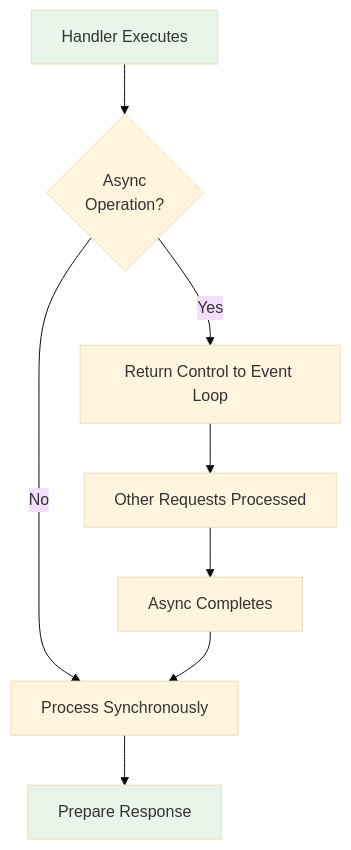
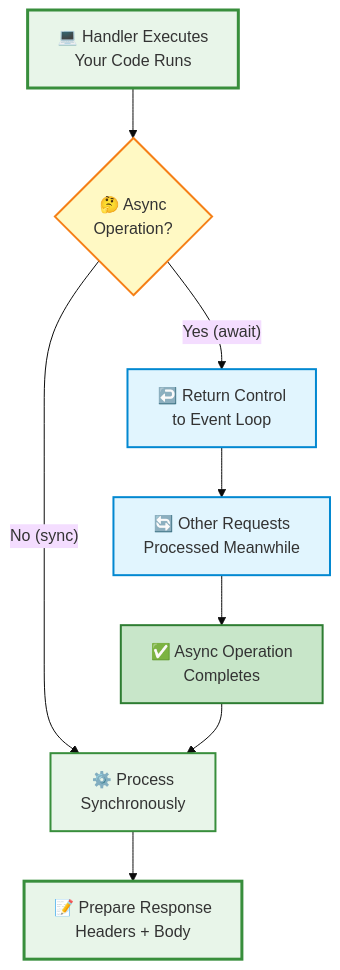
The fifth of 9 diagrams in Nodejs/http-request-lifecycle-diagram.md (rkgiitkgp/study-material), drawn with Mermaid (base theme) before and after one commit. The commit also changed other lines of this file and 1 other file, not shown here.

Commit message:
beautify mermaid flow diagram http request cycle

````diff
--- a/Nodejs/http-request-lifecycle-diagram.md
+++ b/Nodejs/http-request-lifecycle-diagram.md
@@ -108,13 +127,18 @@
 ```mermaid
 flowchart TD
-    A[Handler Executes] --> B{Async<br/>Operation?}
-    B -->|Yes| C[Return Control to Event Loop]
-    B -->|No| D[Process Synchronously]
-    C --> E[Other Requests Processed]
-    E --> F[Async Completes]
+    A["💻 Handler Executes<br/>Your Code Runs"] --> B{"🤔 Async<br/>Operation?"}
+    B -->|"Yes (await)"| C["↩️ Return Control<br/>to Event Loop"]
+    B -->|"No (sync)"| D["⚙️ Process<br/>Synchronously"]
+    C --> E["🔄 Other Requests<br/>Processed Meanwhile"]
+    E --> F["✅ Async Operation<br/>Completes"]
     F --> D
-    D --> G[Prepare Response]
+    D --> G["📝 Prepare Response<br/>Headers + Body"]
     
-    style A fill:#e8f5e9
-    style G fill:#e8f5e9
+    style A fill:#e8f5e9,stroke:#388e3c,stroke-width:3px
+    style B fill:#fff9c4,stroke:#f57f17,stroke-width:2px
+    style C fill:#e1f5fe,stroke:#0288d1,stroke-width:2px
+    style D fill:#e8f5e9,stroke:#388e3c,stroke-width:2px
+    style E fill:#e1f5fe,stroke:#0288d1,stroke-width:2px
+    style F fill:#c8e6c9,stroke:#2e7d32,stroke-width:2px
+    style G fill:#e8f5e9,stroke:#388e3c,stroke-width:3px
 ```
````
